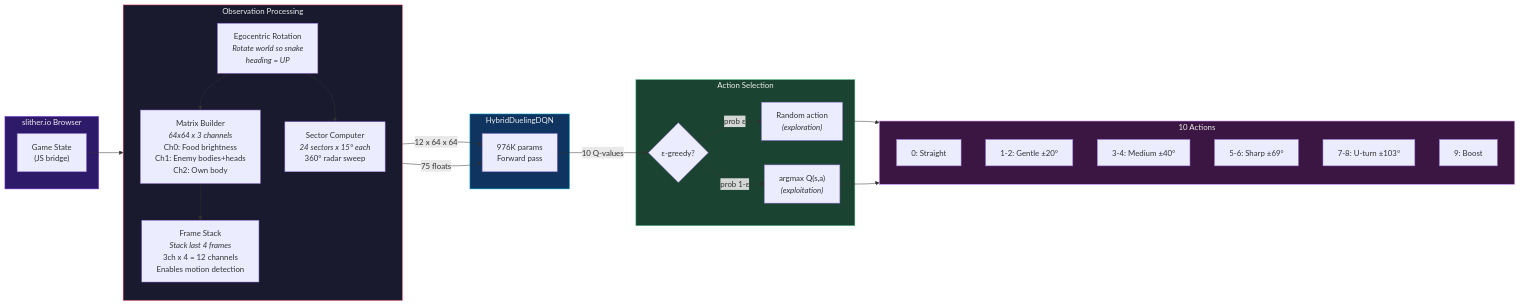
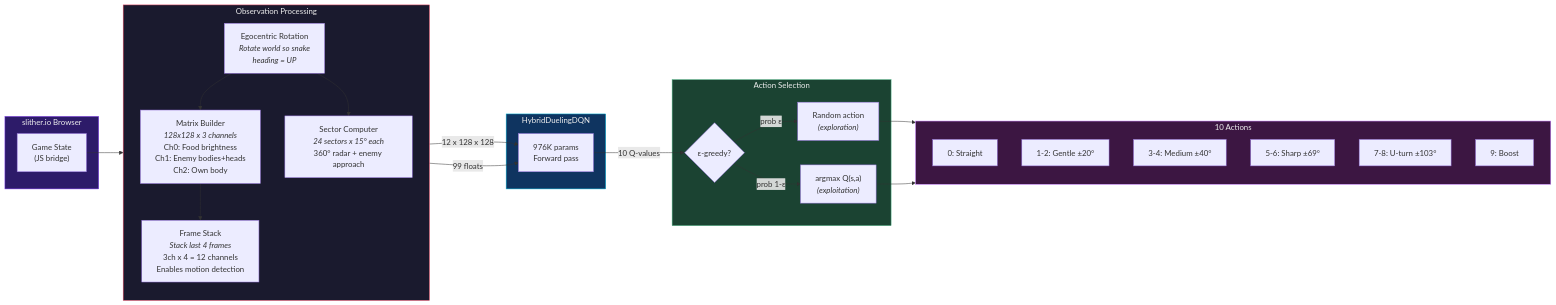
The second of 3 diagrams in gen2/README.md (dzaczek/slbot), drawn with Mermaid before and after one commit. The commit also changed other lines of this file and 11 other files, not shown here.

````diff
--- a/gen2/README.md
+++ b/gen2/README.md
@@ -131,51 +134,51 @@
 ```mermaid
 graph LR
     subgraph GAME ["slither.io Browser"]
         GS["Game State<br/>(JS bridge)"]
     end
 
     subgraph PREPROCESS ["Observation Processing"]
         direction TB
         EGO["Egocentric Rotation<br/><i>Rotate world so snake<br/>heading = UP</i>"]
-        MAT["Matrix Builder<br/><i>64x64 x 3 channels</i><br/>Ch0: Food brightness<br/>Ch1: Enemy bodies+heads<br/>Ch2: Own body"]
+        MAT["Matrix Builder<br/><i>128x128 x 3 channels</i><br/>Ch0: Food brightness<br/>Ch1: Enemy bodies+heads<br/>Ch2: Own body"]
         FS["Frame Stack<br/><i>Stack last 4 frames</i><br/>3ch x 4 = 12 channels<br/>Enables motion detection"]
-        SEC2["Sector Computer<br/><i>24 sectors x 15° each</i><br/>360° radar sweep"]
+        SEC2["Sector Computer<br/><i>24 sectors x 15° each</i><br/>360° radar + enemy approach"]
 
         EGO --> MAT --> FS
         EGO --> SEC2
     end
 
     subgraph NETWORK ["HybridDuelingDQN"]
         NN["976K params<br/>Forward pass"]
     end
 
     subgraph DECISION ["Action Selection"]
         EPS{"ε-greedy?"}
         RAND["Random action<br/><i>(exploration)</i>"]
         BEST["argmax Q(s,a)<br/><i>(exploitation)</i>"]
     end
 
     subgraph ACTIONS ["10 Actions"]
         A0["0: Straight"]
         A1["1-2: Gentle ±20°"]
         A2["3-4: Medium ±40°"]
         A3["5-6: Sharp ±69°"]
         A4["7-8: U-turn ±103°"]
         A5["9: Boost"]
     end
 
     GS --> EGO
-    FS -->|"12 x 64 x 64"| NN
-    SEC2 -->|"75 floats"| NN
+    FS -->|"12 x 128 x 128"| NN
+    SEC2 -->|"99 floats"| NN
     NN -->|"10 Q-values"| EPS
     EPS -->|"prob ε"| RAND
     EPS -->|"prob 1-ε"| BEST
     RAND --> ACTIONS
     BEST --> ACTIONS
 
     style GAME fill:#2d1b69,stroke:#7c3aed,color:#eee
     style PREPROCESS fill:#1a1a2e,stroke:#e94560,color:#eee
     style NETWORK fill:#0f3460,stroke:#00b4d8,color:#eee
     style DECISION fill:#1b4332,stroke:#52b788,color:#eee
     style ACTIONS fill:#3c1642,stroke:#c77dff,color:#eee
 ```
````
